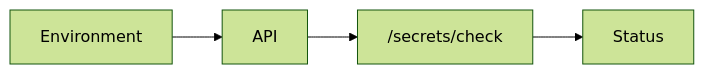
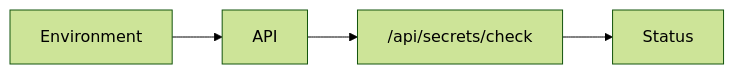
Before and after one commit to DMontgomery40/ragweld: the diagram in mkdocs/docs/security.md, drawn with Mermaid (forest theme). The commit also changed other lines of this file and 162 other files, not shown here.

````diff
--- a/mkdocs/docs/security.md
+++ b/mkdocs/docs/security.md
@@ -68,6 +68,6 @@
 ```mermaid
 flowchart LR
     Env["Environment"] --> API
-    API --> Check["/secrets/check"]
+    API --> Check["/api/secrets/check"]
     Check --> Report["Status"]
 ```
````
